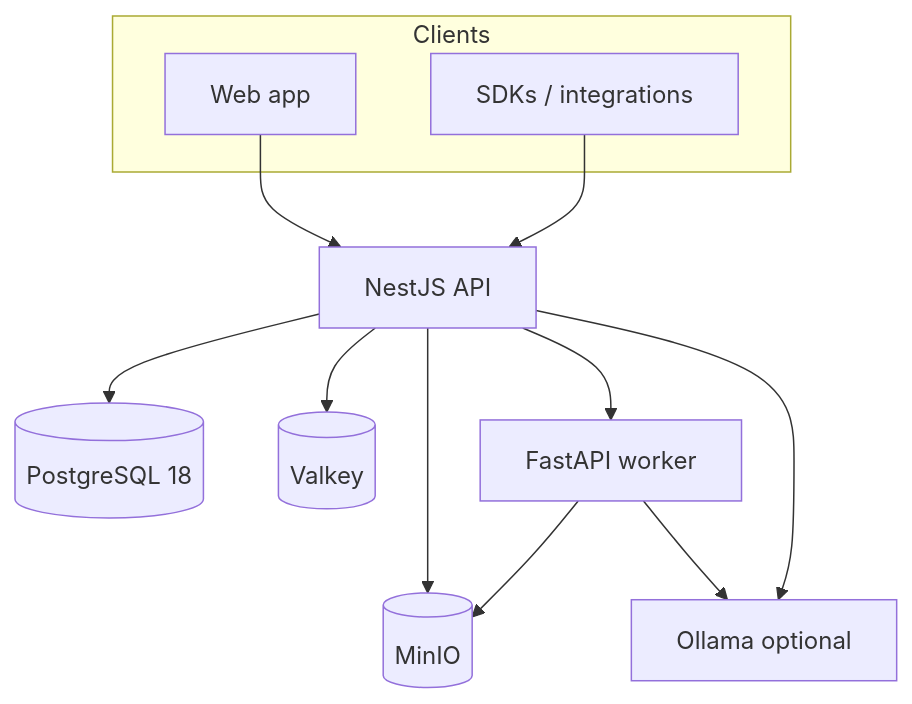
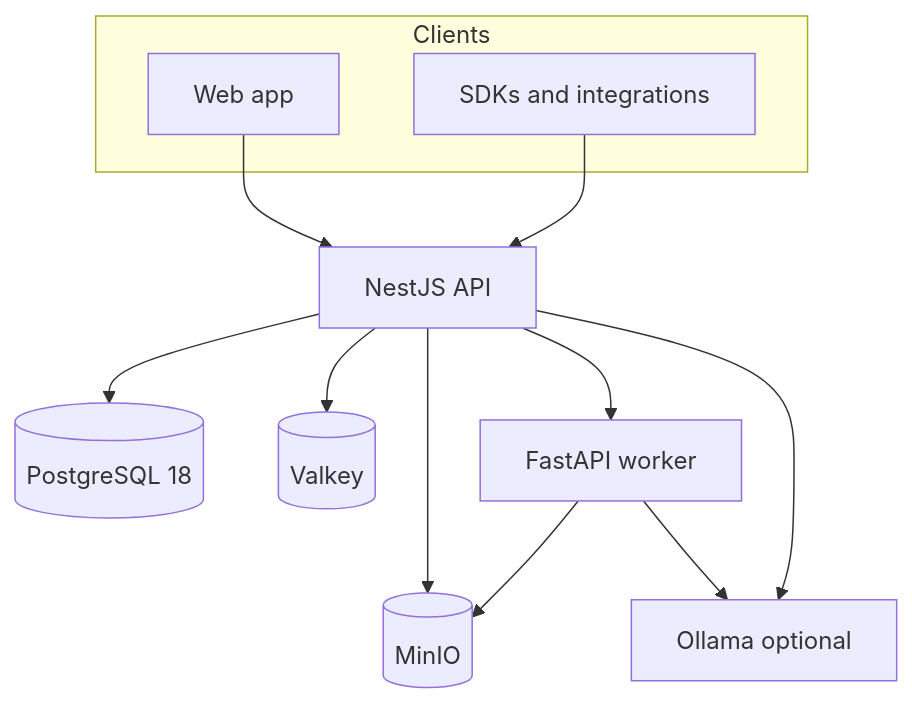
One commit to Docuvate/docuvate changed the diagram in README.md. Above: the diagram before and after it, drawn with Mermaid. The commit also changed other lines of this file and 17 other files, not shown here.

First line of the commit message:
chore: Node 24 and fix README Mermaid diagram

````diff
--- a/README.md
+++ b/README.md
@@ -86,16 +86,16 @@
 ```mermaid
 flowchart TB
-  subgraph clients [Clients]
-    Web[Web app]
-    SDK[SDKs / integrations]
+  subgraph clients ["Clients"]
+    Web["Web app"]
+    SDK["SDKs and integrations"]
   end
-  Web --> API[NestJS API]
+  Web --> API["NestJS API"]
   SDK --> API
-  API --> PG[(PostgreSQL 18)]
-  API --> VK[(Valkey)]
-  API --> S3[(MinIO)]
-  API --> Worker[FastAPI worker]
+  API --> PG[("PostgreSQL 18")]
+  API --> VK[("Valkey")]
+  API --> S3[("MinIO")]
+  API --> Worker["FastAPI worker"]
   Worker --> S3
-  API --> Ollama[Ollama optional]
+  API --> Ollama["Ollama optional"]
   Worker --> Ollama
 ```
````
